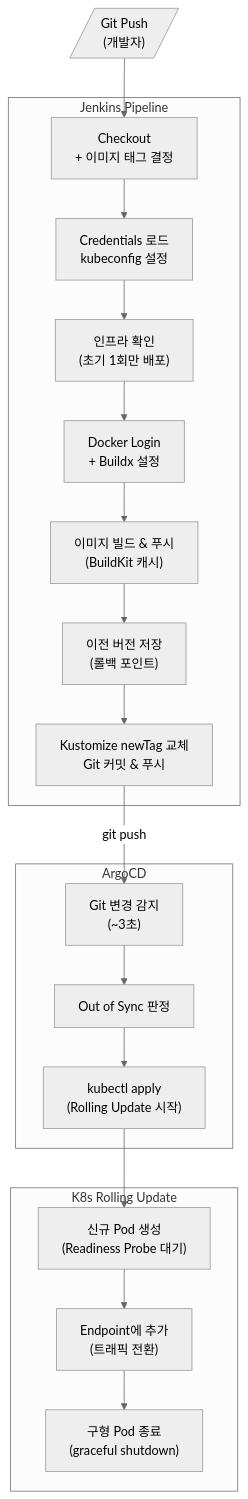
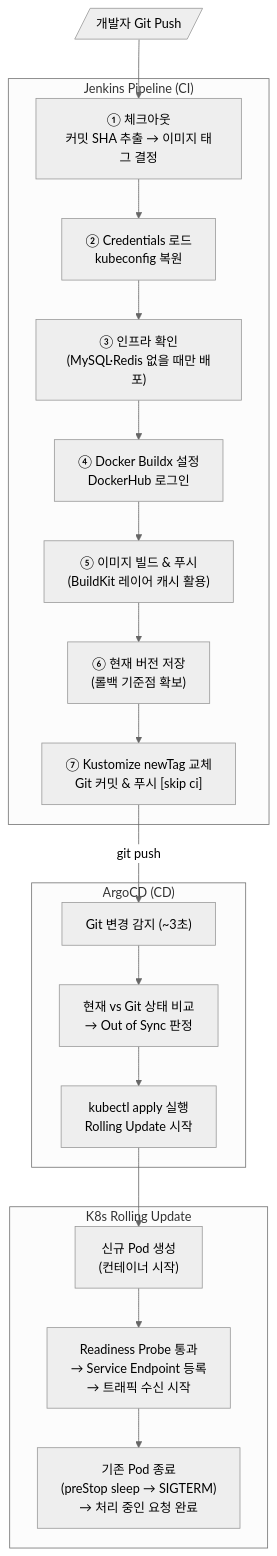
One commit to Seobway23/Seobway23.github.io changed diagram 15 of 15 in posts/study/infra/k8s-zero-downtime-deployment.md. Above: the diagram before and after it, drawn with Mermaid (neutral theme). The commit also changed other lines of this file, not shown here.

````diff
--- a/posts/study/infra/k8s-zero-downtime-deployment.md
+++ b/posts/study/infra/k8s-zero-downtime-deployment.md
@@ -778,31 +1197,31 @@
 ```mermaid
-%% desc: Jenkins → ArgoCD 전체 파이프라인 타이밍 — 각 단계별 소요 시간과 자동화 포인트
+%% desc: Jenkins → ArgoCD 전체 파이프라인 타이밍 — 각 단계별 흐름과 자동화 포인트
 flowchart TD
-    GIT_PUSH[/"Git Push\n(개발자)"/]
+    GIT_PUSH[/"개발자 Git Push"/]
 
-    subgraph JENKINS["Jenkins Pipeline"]
-        J1["Checkout\n+ 이미지 태그 결정"]
-        J2["Credentials 로드\nkubeconfig 설정"]
-        J3["인프라 확인\n(초기 1회만 배포)"]
-        J4["Docker Login\n+ Buildx 설정"]
-        J5["이미지 빌드 & 푸시\n(BuildKit 캐시)"]
-        J6["이전 버전 저장\n(롤백 포인트)"]
-        J7["Kustomize newTag 교체\nGit 커밋 & 푸시"]
+    subgraph JENKINS["Jenkins Pipeline (CI)"]
+        J1["① 체크아웃\n커밋 SHA 추출 → 이미지 태그 결정"]
+        J2["② Credentials 로드\nkubeconfig 복원"]
+        J3["③ 인프라 확인\n(MySQL·Redis 없을 때만 배포)"]
+        J4["④ Docker Buildx 설정\nDockerHub 로그인"]
+        J5["⑤ 이미지 빌드 & 푸시\n(BuildKit 레이어 캐시 활용)"]
+        J6["⑥ 현재 버전 저장\n(롤백 기준점 확보)"]
+        J7["⑦ Kustomize newTag 교체\nGit 커밋 & 푸시 [skip ci]"]
     end
 
-    subgraph ARGOCD["ArgoCD"]
-        A1["Git 변경 감지\n(~3초)"]
-        A2["Out of Sync 판정"]
-        A3["kubectl apply\n(Rolling Update 시작)"]
+    subgraph ARGOCD["ArgoCD (CD)"]
+        A1["Git 변경 감지 (~3초)"]
+        A2["현재 vs Git 상태 비교\n→ Out of Sync 판정"]
+        A3["kubectl apply 실행\nRolling Update 시작"]
     end
 
     subgraph K8S["K8s Rolling Update"]
-        K1["신규 Pod 생성\n(Readiness Probe 대기)"]
-        K2["Endpoint에 추가\n(트래픽 전환)"]
-        K3["구형 Pod 종료\n(graceful shutdown)"]
+        K1["신규 Pod 생성\n(컨테이너 시작)"]
+        K2["Readiness Probe 통과\n→ Service Endpoint 등록\n→ 트래픽 수신 시작"]
+        K3["기존 Pod 종료\n(preStop sleep → SIGTERM)\n→ 처리 중인 요청 완료"]
     end
 
     GIT_PUSH --> J1 --> J2 --> J3 --> J4 --> J5 --> J6 --> J7
     J7 -->|"git push"| A1 --> A2 --> A3
     A3 --> K1 --> K2 --> K3
 ```
````
